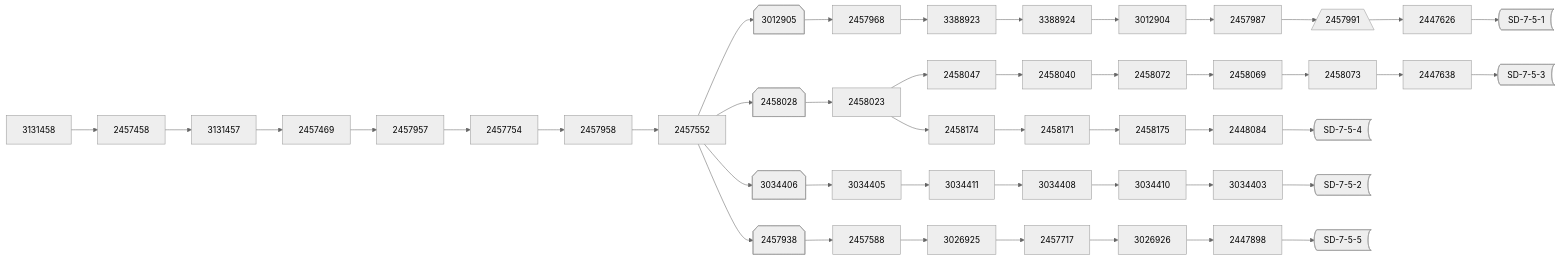
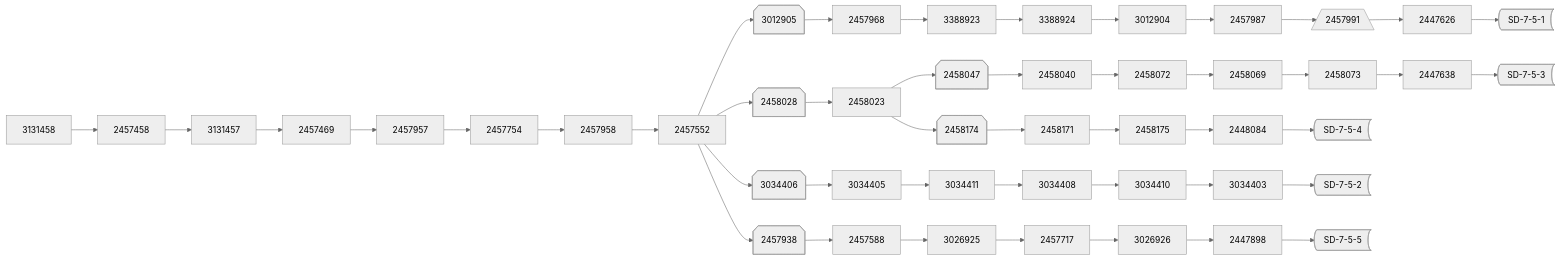
The diagram in FFE-pyRevit.extension/FFE-pyRevit.tab/BetaTools.panel/DuctNetwork.pushbutton/flowchart_DuctNetwork_ElementIds.mmd (kyleguggy13/FFE-pyRevit), drawn with Mermaid (neutral theme) before and after one commit.

Commit message:
Updated diagram shapes.

```diff
--- a/FFE-pyRevit.extension/FFE-pyRevit.tab/BetaTools.panel/DuctNetwork.pushbutton/flowchart_DuctNetwork_ElementIds.mmd
+++ b/FFE-pyRevit.extension/FFE-pyRevit.tab/BetaTools.panel/DuctNetwork.pushbutton/flowchart_DuctNetwork_ElementIds.mmd
@@ -1,123 +1,123 @@
 flowchart LR
 
 2447626
 2447638
 2447898
 2448084
 2457458
 2457469
 2457552
 2457588
 2457717
 2457754
 2457938@{ shape: notch-pent }
 2457957
 2457958
 2457968
 2457987
 2457991@{ shape: trap-b}
 2458023
 2458028@{ shape: notch-pent }
 2458040
-2458047
+2458047@{ shape: notch-pent }
 2458069
 2458072
 2458073
 2458171
-2458174
+2458174@{ shape: notch-pent }
 2458175
 3012904
 3012905@{ shape: notch-pent }
 3026925
 3026926
 3034403
 3034405
 3034406@{ shape: notch-pent }
 3034408
 3034410
 3034411
 3131457
 3131458
 3388923
 3388924
 
 
 
 
 3131458 --> 2457458
 
 2457458 --> 3131457
 
 3131457 --> 2457469
 
 2457469 --> 2457957
 
 2457957 --> 2457754
 
 2457754 --> 2457958
 
 2457958 --> 2457552
 
 2457552 --> 3012905
 
 3012905 --> 2457968
 
 2457968 --> 3388923
 
 3388923 --> 3388924
 
 3388924 --> 3012904
 
 3012904 --> 2457987
 
 2457987 --> 2457991
 
 2457991 --> 2447626 --> SD-7-5-1@{ shape: bow-rect }
 
 2457552 --> 2458028
 
 2458028 --> 2458023
 
 2458023 --> 2458047
 
 2458047 --> 2458040
 
 2458040 --> 2458072
 
 2458072 --> 2458069
 
 2458069 --> 2458073
 
 2458073 --> 2447638 --> SD-7-5-3@{ shape: bow-rect }
 
 2458023 --> 2458174
 
 2458174 --> 2458171
 
 2458171 --> 2458175
 
 2458175 --> 2448084 --> SD-7-5-4@{ shape: bow-rect }
 
 2457552 --> 3034406
 
 3034406 --> 3034405
 
 3034405 --> 3034411
 
 3034411 --> 3034408
 
 3034408 --> 3034410
 
 3034410 --> 3034403 --> SD-7-5-2@{ shape: bow-rect }
 
 2457552 --> 2457938
 
 2457938 --> 2457588
 
 2457588 --> 3026925
 
 3026925 --> 2457717
 
 2457717 --> 3026926
 
 3026926 --> 2447898 --> SD-7-5-5@{ shape: bow-rect }
```
